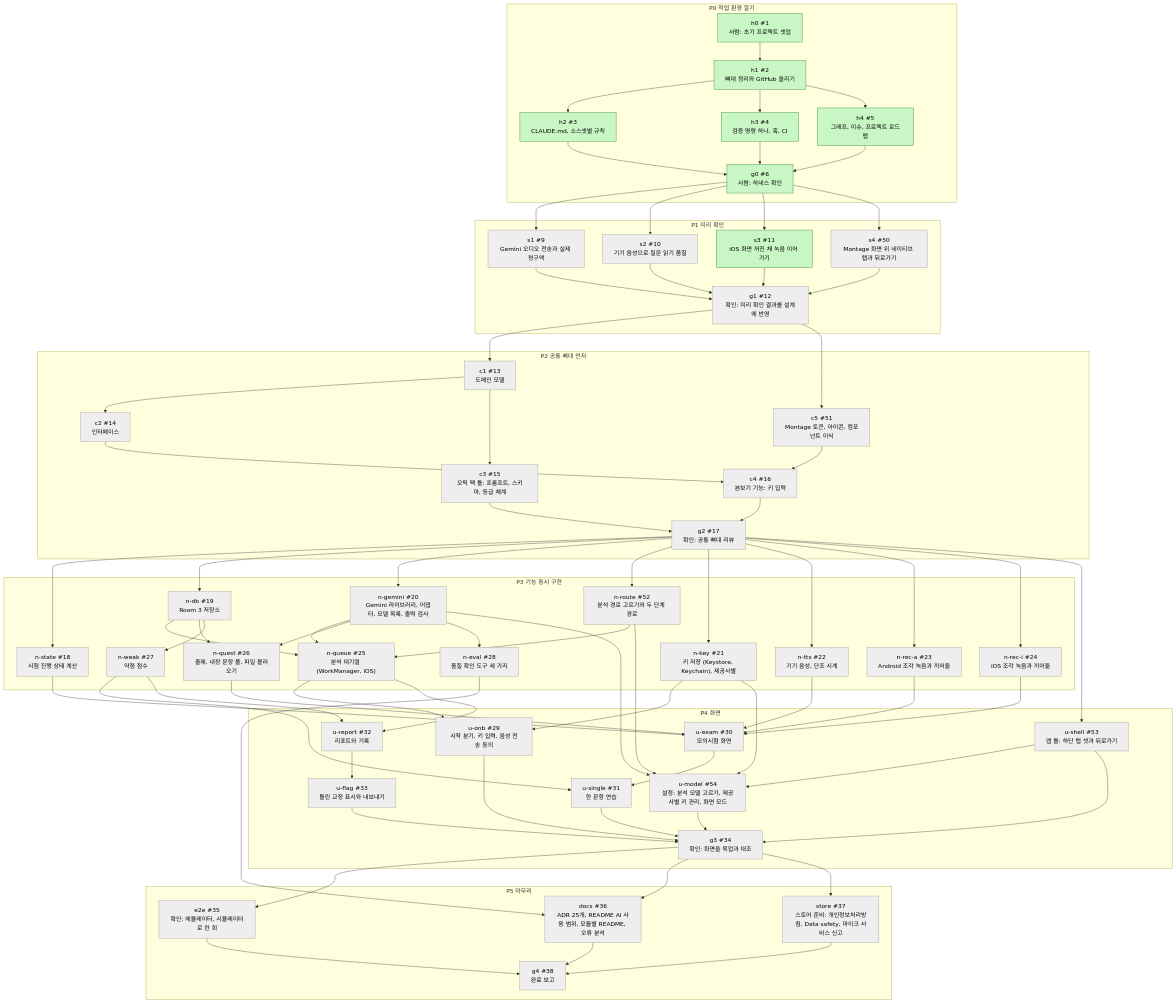
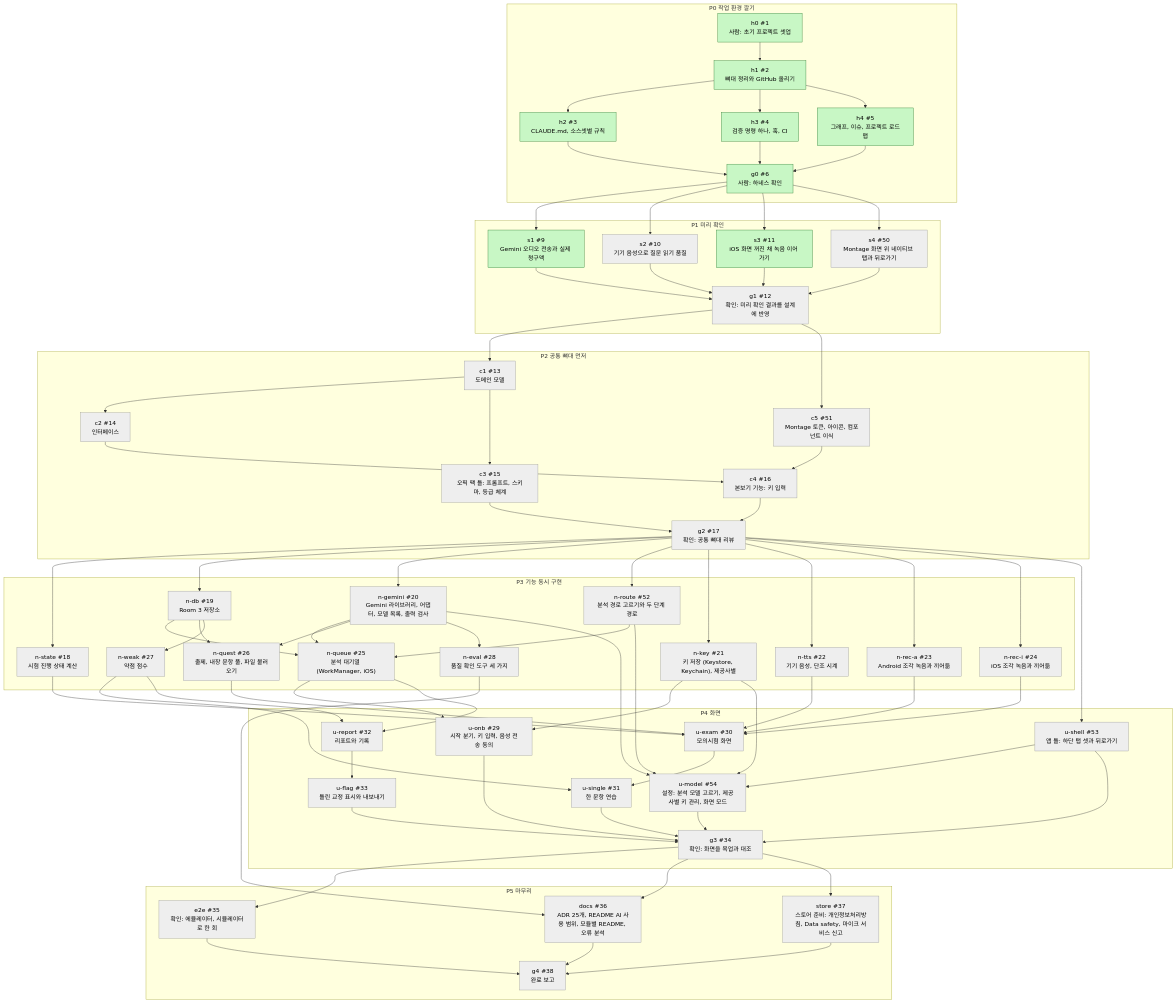
The first of 2 diagrams in docs/graph/dev-graph.md (nosorae/AiOpicSelfStudy), drawn with Mermaid before and after one commit. The commit also changed other lines of this file and 29 other files, not shown here.

````diff
--- a/docs/graph/dev-graph.md
+++ b/docs/graph/dev-graph.md
@@ -127,9 +127,9 @@
   docs --> g4
   store --> g4
   classDef todo fill:#eeeeee,stroke:#999999,color:#000
-  class s1,s2,s4,g1,c1,c2,c3,c5,c4,g2,n_state,n_db,n_gemini,n_route,n_key,n_tts,n_rec_a,n_rec_i,n_queue,n_quest,n_weak,n_eval,u_onb,u_shell,u_exam,u_single,u_report,u_flag,u_model,g3,e2e,docs,store,g4 todo
+  class s2,s4,g1,c1,c2,c3,c5,c4,g2,n_state,n_db,n_gemini,n_route,n_key,n_tts,n_rec_a,n_rec_i,n_queue,n_quest,n_weak,n_eval,u_onb,u_shell,u_exam,u_single,u_report,u_flag,u_model,g3,e2e,docs,store,g4 todo
   classDef doing fill:#fff3b0,stroke:#d4a017,color:#000
   classDef done fill:#c8f7c5,stroke:#2e7d32,color:#000
-  class h0,h1,h2,h3,h4,g0,s3 done
+  class h0,h1,h2,h3,h4,g0,s1,s3 done
   classDef blocked fill:#ffcdd2,stroke:#c62828,color:#000
 ```
````
